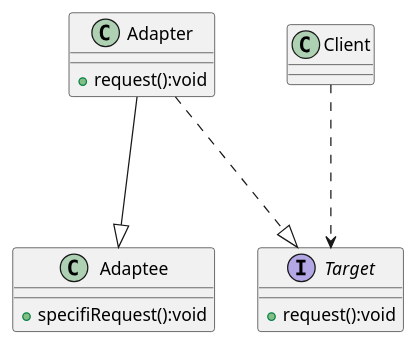
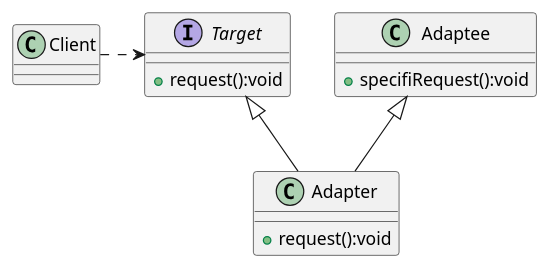
The diagram in struct-adapter-design/class-adapter-design.puml (qiding1991/design-pattern), drawn with PlantUML before and after one commit. The commit also changed 34 other files, not shown here.

```diff
--- a/struct-adapter-design/class-adapter-design.puml
+++ b/struct-adapter-design/class-adapter-design.puml
@@ -1,24 +1,18 @@
 @startuml
     interface Target{
       + request():void
     }
 
     class Adaptee{
       + specifiRequest():void
     }
 
     class Adapter{
       + request():void
     }
 
-    Adapter---|>Adaptee
-    Adapter...|>Target
-
-    Client...>Target
-
-
-
-
-
+    Adaptee<|--Adapter
+    Target<|--Adapter
+    Client.>Target
 
 @enduml
```
